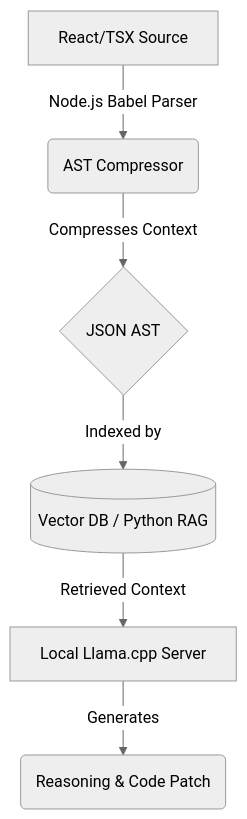
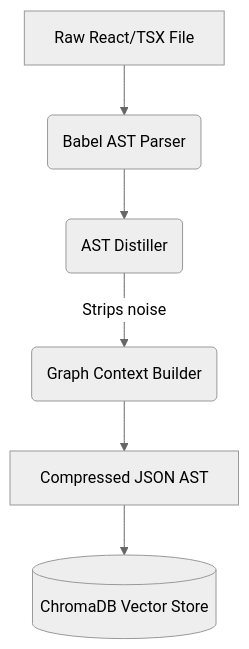
Before and after one commit to Aokiro112/Aokiro: the second of 3 diagrams in README.md, drawn with Mermaid (neutral theme). The commit also changed other lines of this file and 8 other files, not shown here.

````diff
--- a/README.md
+++ b/README.md
@@ -32,8 +63,8 @@
 ```mermaid
 graph TD
-    A[React/TSX Source] -->|Node.js Babel Parser| B(AST Compressor)
-    B -->|Compresses Context| C{JSON AST}
-    C -->|Indexed by| D[(Vector DB / Python RAG)]
-    D -->|Retrieved Context| E[Local Llama.cpp Server]
-    E -->|Generates| F(Reasoning & Code Patch)
+    Code[Raw React/TSX File] --> Babel(Babel AST Parser)
+    Babel --> Distiller(AST Distiller)
+    Distiller -->|Strips noise| GraphMem(Graph Context Builder)
+    GraphMem --> JSON[Compressed JSON AST]
+    JSON --> VectorDB[(ChromaDB Vector Store)]
 ```
````
